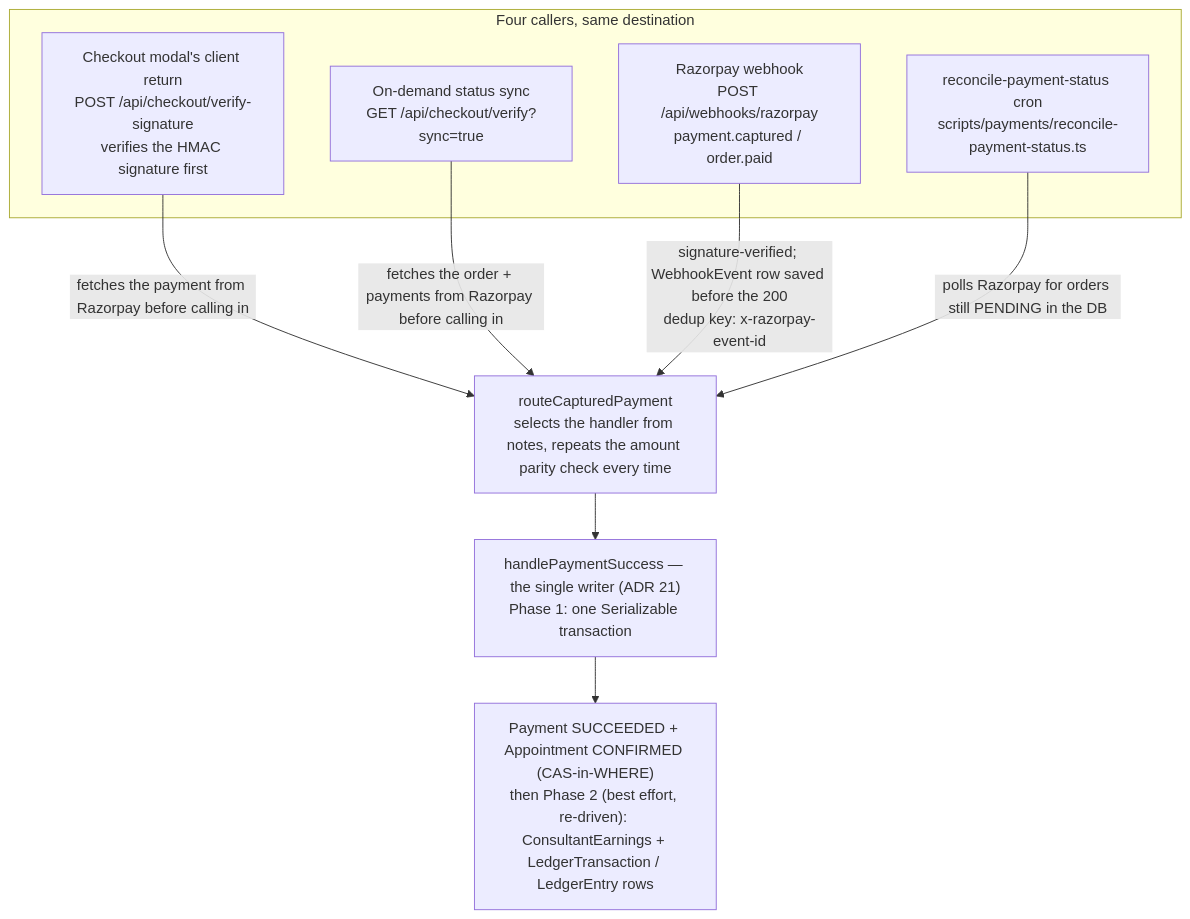
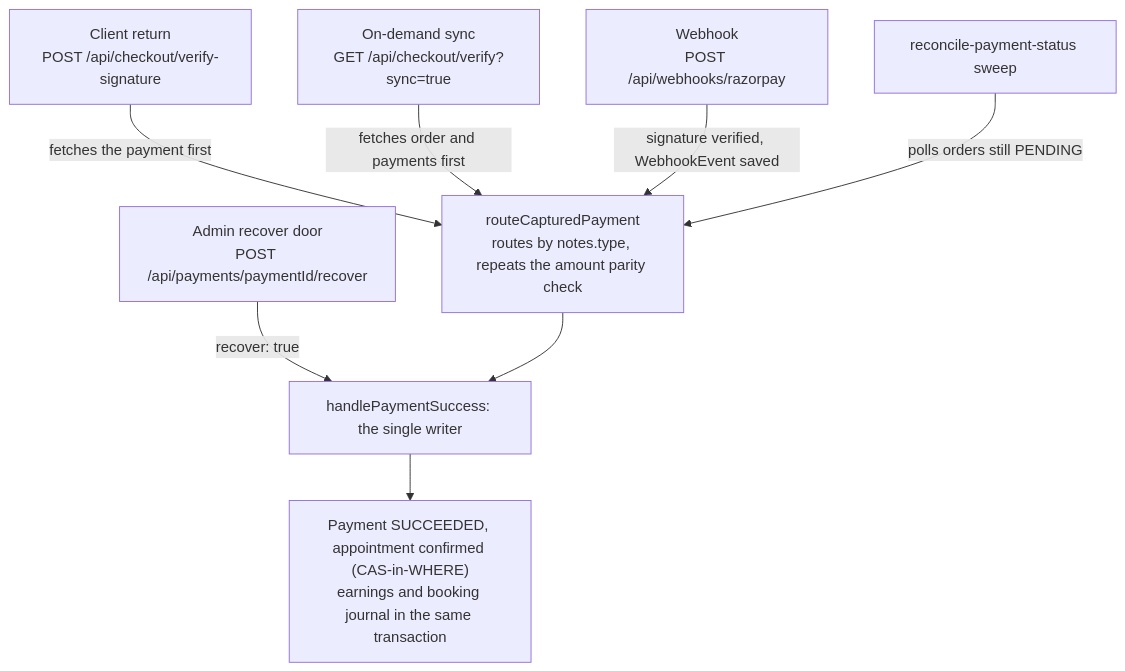
One commit to Practitionist/familiarise_web changed the fifth of 5 diagrams in docs/finance/00-overview/01-money-map.md. Above: the diagram before and after it, drawn with Mermaid. The commit also changed other lines of this file and 17 other files, not shown here.

````diff
--- a/docs/finance/00-overview/01-money-map.md
+++ b/docs/finance/00-overview/01-money-map.md
@@ -174,17 +157,17 @@
 ```mermaid
 flowchart TD
-  subgraph Callers["Four callers, same destination"]
-    C1["Checkout modal's client return<br/>POST /api/checkout/verify-signature<br/>verifies the HMAC signature first"]
-    C2["On-demand status sync<br/>GET /api/checkout/verify?sync=true"]
-    C3["Razorpay webhook<br/>POST /api/webhooks/razorpay<br/>payment.captured / order.paid"]
-    C4["reconcile-payment-status cron<br/>scripts/payments/reconcile-payment-status.ts"]
-  end
-  ROUTE["routeCapturedPayment<br/>selects the handler from notes, repeats the amount parity check every time"]
-  WRITER["handlePaymentSuccess — the single writer (ADR 21)<br/>Phase 1: one Serializable transaction"]
-  OUT["Payment SUCCEEDED + Appointment CONFIRMED (CAS-in-WHERE)<br/>then Phase 2 (best effort, re-driven): ConsultantEarnings + LedgerTransaction / LedgerEntry rows"]
-  C1 -- "fetches the payment from Razorpay before calling in" --> ROUTE
-  C2 -- "fetches the order + payments from Razorpay before calling in" --> ROUTE
-  C3 -- "signature-verified; WebhookEvent row saved before the 200<br/>dedup key: x-razorpay-event-id" --> ROUTE
-  C4 -- "polls Razorpay for orders still PENDING in the DB" --> ROUTE
-  ROUTE --> WRITER --> OUT
+  C1["Client return<br/>POST /api/checkout/verify-signature"]
+  C2["On-demand sync<br/>GET /api/checkout/verify?sync=true"]
+  C3["Webhook<br/>POST /api/webhooks/razorpay"]
+  C4["reconcile-payment-status sweep"]
+  C5["Admin recover door<br/>POST /api/payments/paymentId/recover"]
+  ROUTE["routeCapturedPayment<br/>routes by notes.type, repeats the amount parity check"]
+  W["handlePaymentSuccess: the single writer"]
+  OUT["Payment SUCCEEDED, appointment confirmed (CAS-in-WHERE)<br/>earnings and booking journal in the same transaction"]
+  C1 -->|"fetches the payment first"| ROUTE
+  C2 -->|"fetches order and payments first"| ROUTE
+  C3 -->|"signature verified, WebhookEvent saved"| ROUTE
+  C4 -->|"polls orders still PENDING"| ROUTE
+  C5 -->|"recover: true"| W
+  ROUTE --> W --> OUT
 ```
````
